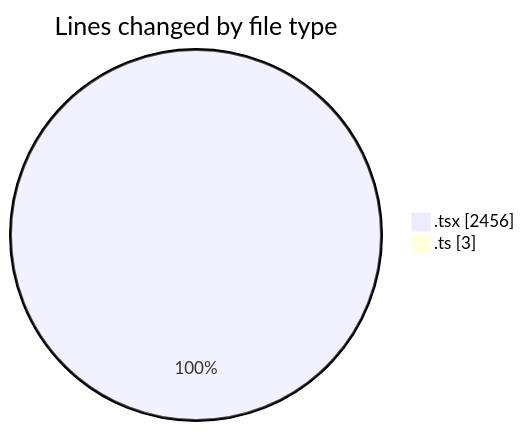
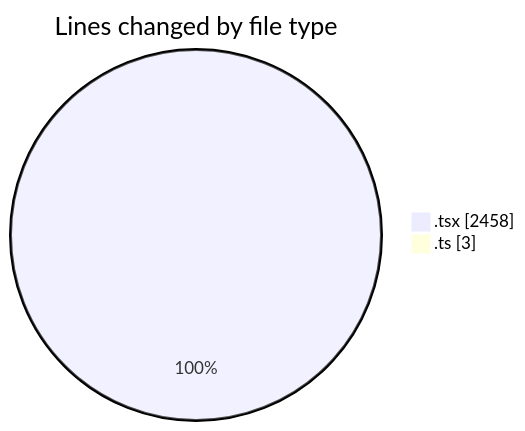
The first of 2 diagrams in 2025-02-12/cda/README.md (momahboobian/code-tracking), drawn with Mermaid before and after one commit. The commit also changed other lines of this file and 1 other file, not shown here.

````diff
--- a/2025-02-12/cda/README.md
+++ b/2025-02-12/cda/README.md
@@ -23,6 +23,6 @@
 ```mermaid
 pie showData
 title Lines changed by file type
-".tsx" : 2456
+".tsx" : 2458
 ".ts" : 3
 ```
````
